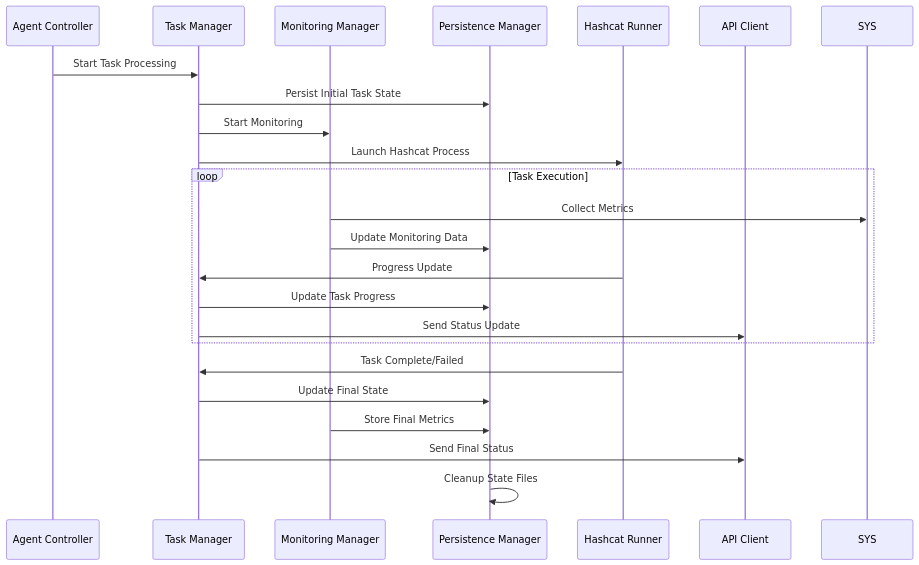
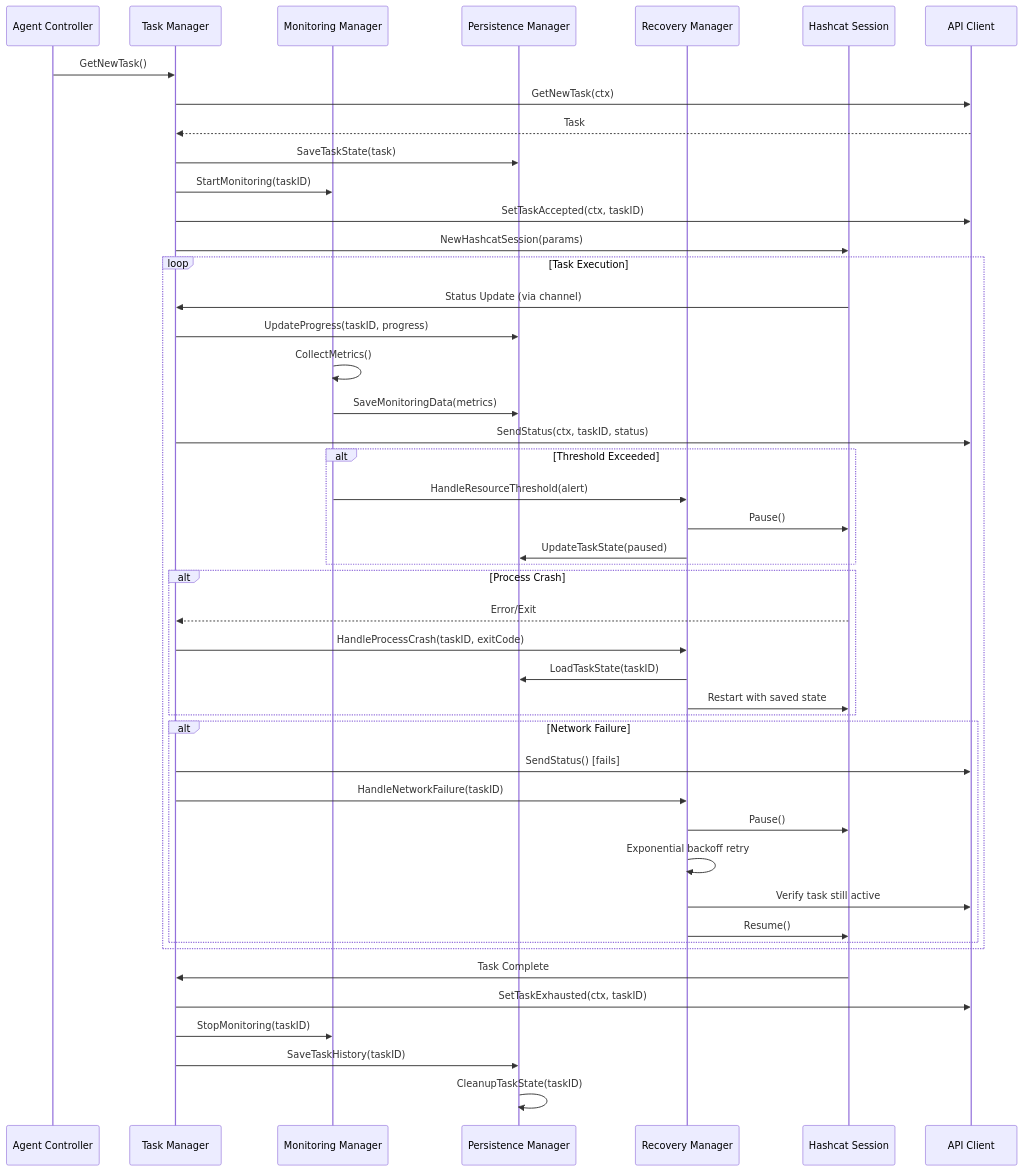
Before and after one commit to unclesp1d3r/CipherSwarmAgent: the second of 2 diagrams in .kiro/specs/enhanced-task-monitoring/design.md, drawn with Mermaid. The commit also changed other lines of this file and 37 other files, not shown here.

````diff
--- a/.kiro/specs/enhanced-task-monitoring/design.md
+++ b/.kiro/specs/enhanced-task-monitoring/design.md
@@ -70,28 +104,56 @@
 ```mermaid
 sequenceDiagram
     participant AC as Agent Controller
     participant TM as Task Manager
     participant MM as Monitoring Manager
     participant PM as Persistence Manager
-    participant HC as Hashcat Runner
+    participant RM as Recovery Manager
+    participant HC as Hashcat Session
     participant API as API Client
     
-    AC->>TM: Start Task Processing
-    TM->>PM: Persist Initial Task State
-    TM->>MM: Start Monitoring
-    TM->>HC: Launch Hashcat Process
+    AC->>TM: GetNewTask()
+    TM->>API: GetNewTask(ctx)
+    API-->>TM: Task
+    
+    TM->>PM: SaveTaskState(task)
+    TM->>MM: StartMonitoring(taskID)
+    TM->>API: SetTaskAccepted(ctx, taskID)
+    TM->>HC: NewHashcatSession(params)
     
     loop Task Execution
-        MM->>SYS: Collect Metrics
-        MM->>PM: Update Monitoring Data
-        HC->>TM: Progress Update
-        TM->>PM: Update Task Progress
-        TM->>API: Send Status Update
+        HC->>TM: Status Update (via channel)
+        TM->>PM: UpdateProgress(taskID, progress)
+        MM->>MM: CollectMetrics()
+        MM->>PM: SaveMonitoringData(metrics)
+        TM->>API: SendStatus(ctx, taskID, status)
+        
+        alt Threshold Exceeded
+            MM->>RM: HandleResourceThreshold(alert)
+            RM->>HC: Pause()
+            RM->>PM: UpdateTaskState(paused)
+        end
+        
+        alt Process Crash
+            HC-->>TM: Error/Exit
+            TM->>RM: HandleProcessCrash(taskID, exitCode)
+            RM->>PM: LoadTaskState(taskID)
+            RM->>HC: Restart with saved state
+        end
+        
+        alt Network Failure
+            TM->>API: SendStatus() [fails]
+            TM->>RM: HandleNetworkFailure(taskID)
+            RM->>HC: Pause()
+            RM->>RM: Exponential backoff retry
+            RM->>API: Verify task still active
+            RM->>HC: Resume()
+        end
     end
     
-    HC->>TM: Task Complete/Failed
-    TM->>PM: Update Final State
-    MM->>PM: Store Final Metrics
-    TM->>API: Send Final Status
-    PM->>PM: Cleanup State Files
+    HC->>TM: Task Complete
+    TM->>API: SetTaskExhausted(ctx, taskID)
+    TM->>MM: StopMonitoring(taskID)
+    TM->>PM: SaveTaskHistory(taskID)
+    PM->>PM: CleanupTaskState(taskID)
+
 ```
````
